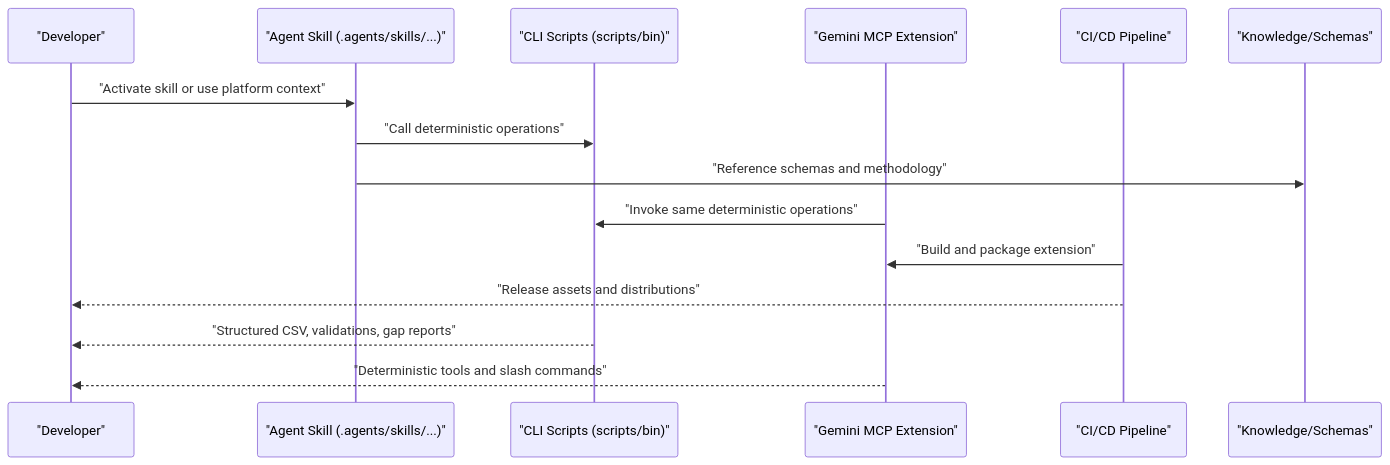
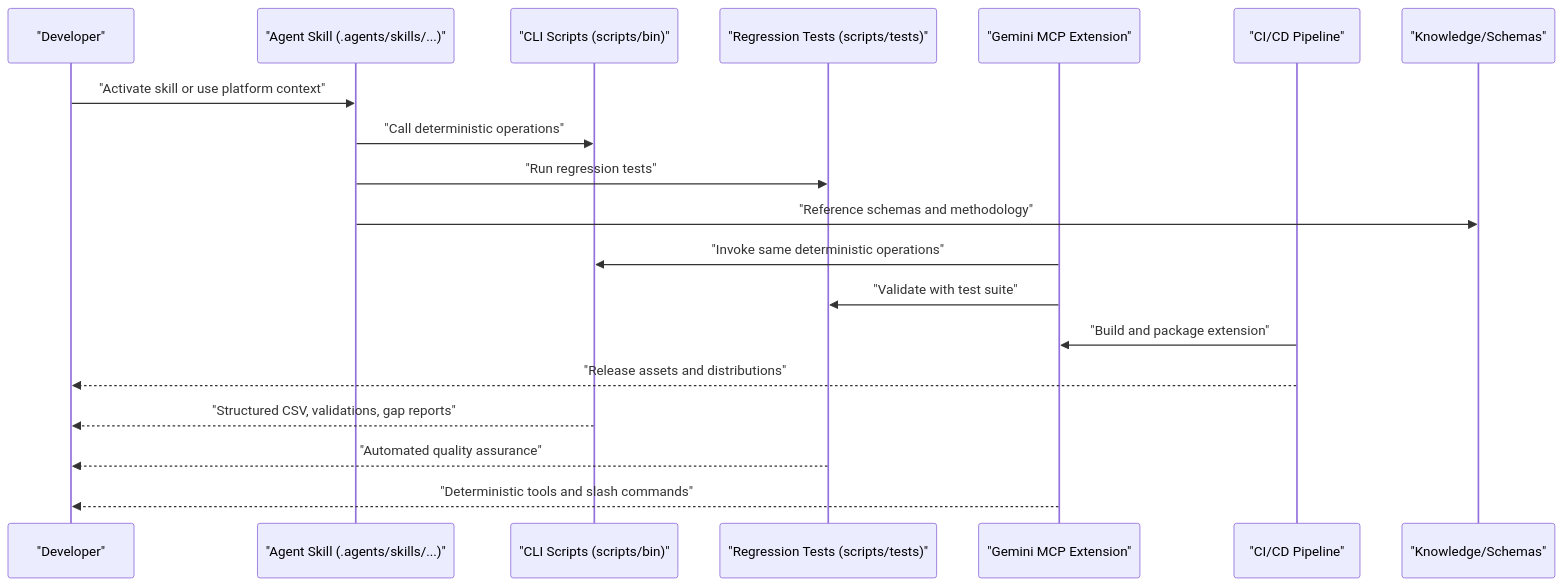
The second of 11 diagrams in .qoder/repowiki/en/content/Development and Contributing Guidelines.md (austinsonger/GRC-Mapping-Analyst), drawn with Mermaid before and after one commit. The commit also changed other lines of this file and 4 other files, not shown here.

````diff
--- a/.qoder/repowiki/en/content/Development and Contributing Guidelines.md
+++ b/.qoder/repowiki/en/content/Development and Contributing Guidelines.md
@@ -164,17 +186,21 @@
 ```mermaid
 sequenceDiagram
 participant Dev as "Developer"
 participant Skill as "Agent Skill (.agents/skills/...)"
 participant Scripts as "CLI Scripts (scripts/bin)"
+participant Tests as "Regression Tests (scripts/tests)"
 participant Ext as "Gemini MCP Extension"
 participant Pipeline as "CI/CD Pipeline"
 participant KC as "Knowledge/Schemas"
 Dev->>Skill : "Activate skill or use platform context"
 Skill->>Scripts : "Call deterministic operations"
+Skill->>Tests : "Run regression tests"
 Skill->>KC : "Reference schemas and methodology"
 Ext->>Scripts : "Invoke same deterministic operations"
+Ext->>Tests : "Validate with test suite"
 Pipeline->>Ext : "Build and package extension"
 Pipeline-->>Dev : "Release assets and distributions"
 Scripts-->>Dev : "Structured CSV, validations, gap reports"
+Tests-->>Dev : "Automated quality assurance"
 Ext-->>Dev : "Deterministic tools and slash commands"
 ```
````
